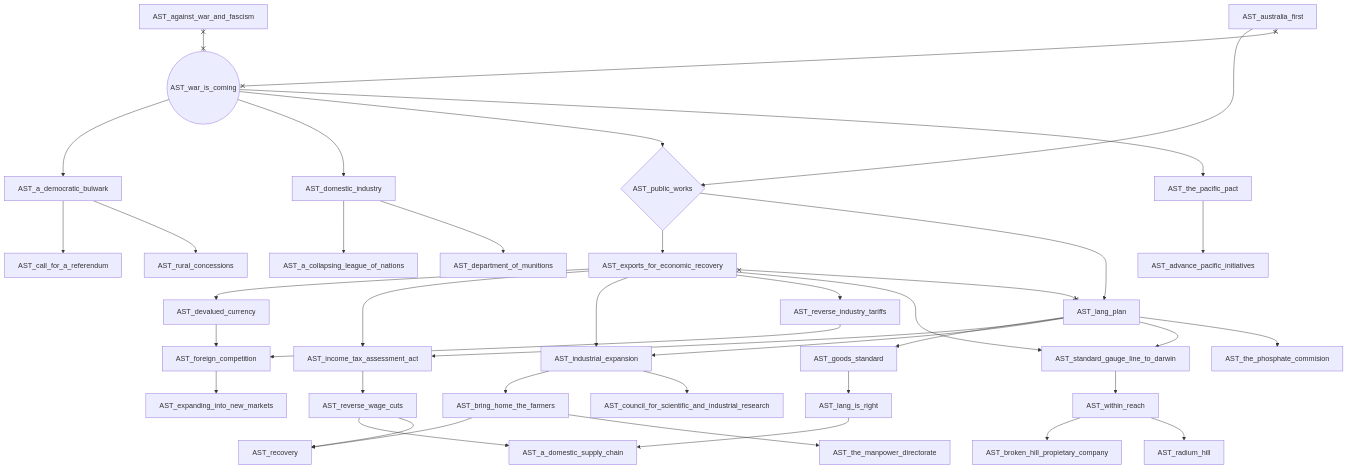
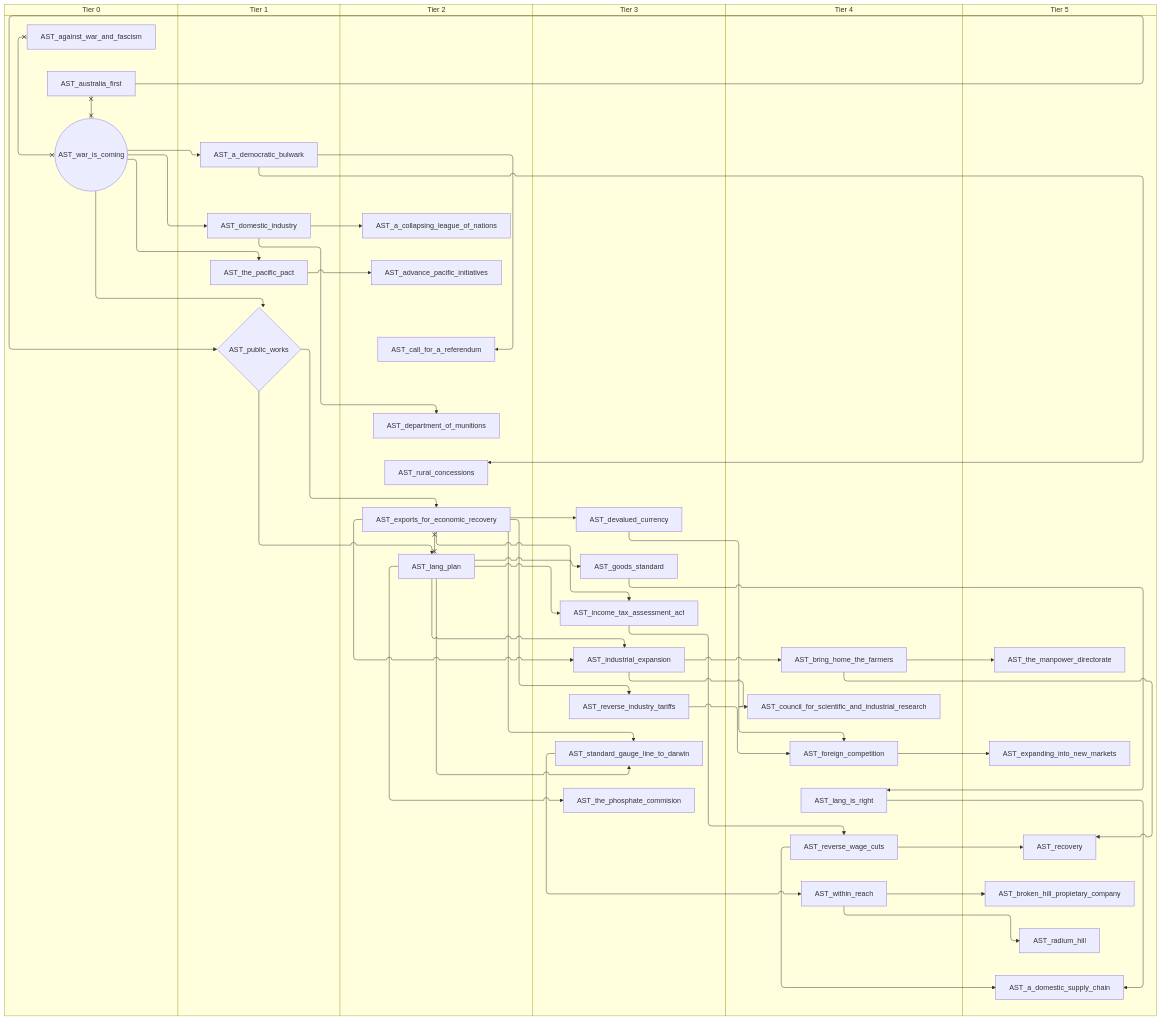
One commit to evgeny-sobol/hoi4-sandbox-mode changed diagram 15 of 15 in docs/gdd/National Focuses/australia_taog.md. Above: the diagram before and after it, drawn with Mermaid. The commit also changed other lines of this file and 80 other files, not shown here.

First line of the commit message:
Add swimlane mode to focus graph exporter

````diff
--- a/docs/gdd/National Focuses/australia_taog.md
+++ b/docs/gdd/National Focuses/australia_taog.md
@@ -665,76 +797,88 @@
 ```mermaid
-flowchart TD
-    n224["AST_a_collapsing_league_of_nations"]
-    n225["AST_a_democratic_bulwark"]
-    n52["AST_a_domestic_supply_chain"]
-    n226["AST_advance_pacific_initiatives"]
-    n7["AST_against_war_and_fascism"]
-    n10["AST_australia_first"]
-    n62["AST_bring_home_the_farmers"]
-    n65["AST_broken_hill_propietary_company"]
-    n227["AST_call_for_a_referendum"]
-    n68["AST_council_for_scientific_and_industrial_research"]
-    n228["AST_department_of_munitions"]
-    n71["AST_devalued_currency"]
-    n229["AST_domestic_industry"]
-    n78["AST_expanding_into_new_markets"]
-    n79["AST_exports_for_economic_recovery"]
-    n82["AST_foreign_competition"]
-    n84["AST_goods_standard"]
-    n88["AST_income_tax_assessment_act"]
-    n89["AST_industrial_expansion"]
-    n91["AST_lang_is_right"]
-    n92["AST_lang_plan"]
-    n98{"AST_public_works"}
-    n99["AST_radium_hill"]
-    n101["AST_recovery"]
-    n105["AST_reverse_industry_tariffs"]
-    n106["AST_reverse_wage_cuts"]
-    n230["AST_rural_concessions"]
-    n110["AST_standard_gauge_line_to_darwin"]
-    n117["AST_the_manpower_directorate"]
-    n231["AST_the_pacific_pact"]
-    n119["AST_the_phosphate_commision"]
-    n47(("AST_war_is_coming"))
-    n127["AST_within_reach"]
-    n229 --> n224
-    n47 --> n225
-    n91 --> n52
-    n106 --> n52
-    n231 --> n226
-    n89 --> n62
-    n127 --> n65
+swimlane-beta TD
+    subgraph tier_0["Tier 0"]
+        n1["AST_against_war_and_fascism"]
+        n2["AST_australia_first"]
+        n4(("AST_war_is_coming"))
+    end
+    subgraph tier_1["Tier 1"]
+        n224["AST_a_democratic_bulwark"]
+        n225["AST_domestic_industry"]
+        n53{"AST_public_works"}
+        n226["AST_the_pacific_pact"]
+    end
+    subgraph tier_2["Tier 2"]
+        n227["AST_a_collapsing_league_of_nations"]
+        n228["AST_advance_pacific_initiatives"]
+        n229["AST_call_for_a_referendum"]
+        n230["AST_department_of_munitions"]
+        n59["AST_exports_for_economic_recovery"]
+        n60["AST_lang_plan"]
+        n231["AST_rural_concessions"]
+    end
+    subgraph tier_3["Tier 3"]
+        n66["AST_devalued_currency"]
+        n69["AST_goods_standard"]
+        n71["AST_income_tax_assessment_act"]
+        n72["AST_industrial_expansion"]
+        n75["AST_reverse_industry_tariffs"]
+        n76["AST_standard_gauge_line_to_darwin"]
+        n78["AST_the_phosphate_commision"]
+    end
+    subgraph tier_4["Tier 4"]
+        n83["AST_bring_home_the_farmers"]
+        n84["AST_council_for_scientific_and_industrial_research"]
+        n86["AST_foreign_competition"]
+        n87["AST_lang_is_right"]
+        n90["AST_reverse_wage_cuts"]
+        n96["AST_within_reach"]
+    end
+    subgraph tier_5["Tier 5"]
+        n97["AST_a_domestic_supply_chain"]
+        n100["AST_broken_hill_propietary_company"]
+        n104["AST_expanding_into_new_markets"]
+        n110["AST_radium_hill"]
+        n111["AST_recovery"]
+        n116["AST_the_manpower_directorate"]
+    end
     n225 --> n227
-    n89 --> n68
-    n229 --> n228
-    n79 --> n71
-    n47 --> n229
-    n82 --> n78
-    n98 --> n79
-    n71 --> n82
-    n105 --> n82
-    n92 --> n84
-    n92 --> n88
-    n79 --> n88
-    n92 --> n89
-    n79 --> n89
-    n84 --> n91
-    n98 --> n92
-    n10 --> n98
-    n47 --> n98
-    n127 --> n99
-    n62 --> n101
-    n106 --> n101
-    n79 --> n105
-    n88 --> n106
+    n4 --> n224
+    n87 --> n97
+    n90 --> n97
+    n226 --> n228
+    n72 --> n83
+    n96 --> n100
+    n224 --> n229
+    n72 --> n84
     n225 --> n230
-    n92 --> n110
-    n79 --> n110
-    n62 --> n117
-    n47 --> n231
-    n92 --> n119
-    n110 --> n127
-    n7 x--x n47
-    n10 x--x n47
-    n79 x--x n92
+    n59 --> n66
+    n4 --> n225
+    n86 --> n104
+    n53 --> n59
+    n66 --> n86
+    n75 --> n86
+    n60 --> n69
+    n60 --> n71
+    n59 --> n71
+    n60 --> n72
+    n59 --> n72
+    n69 --> n87
+    n53 --> n60
+    n2 --> n53
+    n4 --> n53
+    n96 --> n110
+    n83 --> n111
+    n90 --> n111
+    n59 --> n75
+    n71 --> n90
+    n224 --> n231
+    n60 --> n76
+    n59 --> n76
+    n83 --> n116
+    n4 --> n226
+    n60 --> n78
+    n76 --> n96
+    n1 x--x n4
+    n2 x--x n4
+    n59 x--x n60
 ```
````
